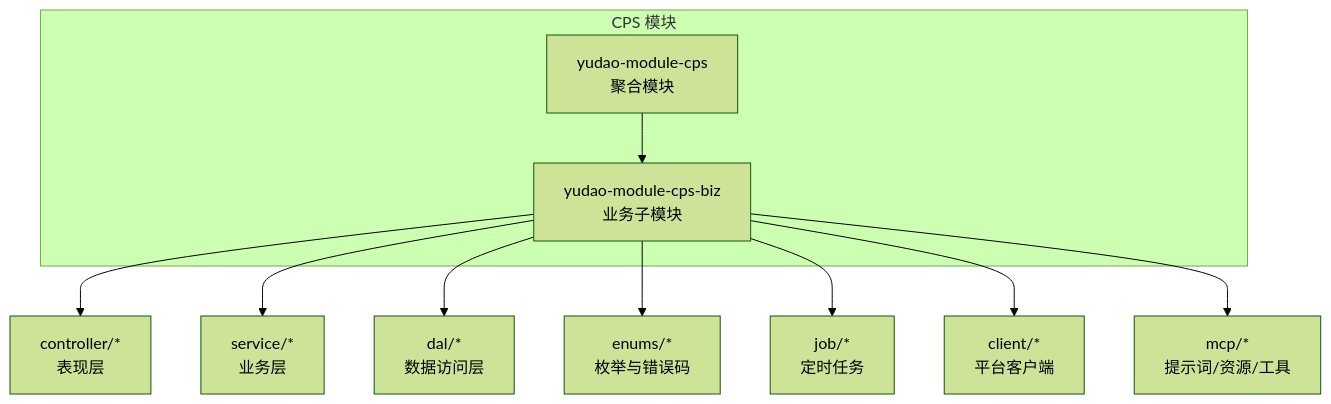
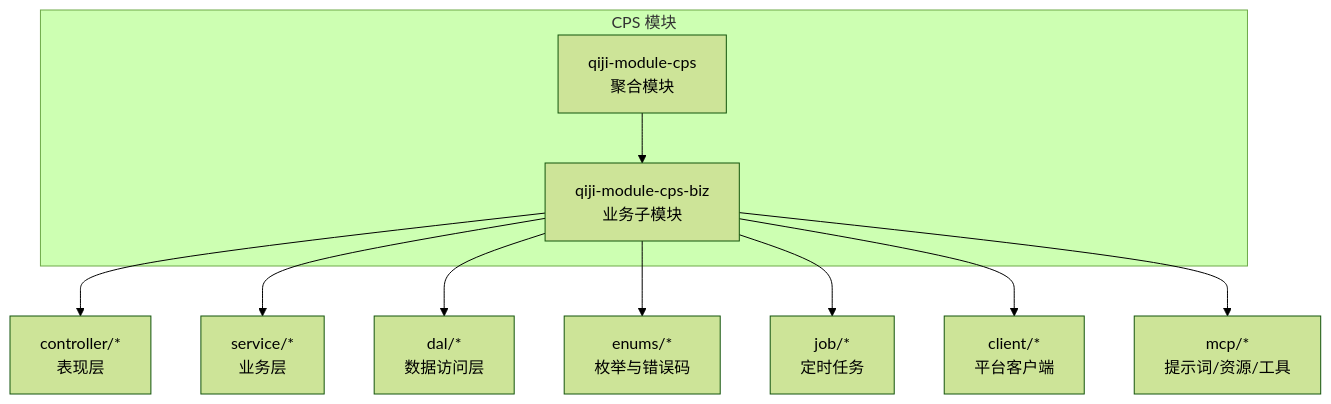
Before and after one commit to zhuangpengLI/AgenticCPS: the first of 8 diagrams in backend/.qoder/repowiki/zh/content/系统架构设计/分层架构设计.md, drawn with Mermaid (forest theme). The commit also changed other lines of this file and 3489 other files, not shown here.

````diff
--- a/backend/.qoder/repowiki/zh/content/系统架构设计/分层架构设计.md
+++ b/backend/.qoder/repowiki/zh/content/系统架构设计/分层架构设计.md
@@ -41,15 +41,15 @@
 ```mermaid
 graph TB
 subgraph "CPS 模块"
-A["yudao-module-cps<br/>聚合模块"]
-B["yudao-module-cps-biz<br/>业务子模块"]
+A["qiji-module-cps<br/>聚合模块"]
+B["qiji-module-cps-biz<br/>业务子模块"]
 end
 A --> B
 B --> C["controller/*<br/>表现层"]
 B --> D["service/*<br/>业务层"]
 B --> E["dal/*<br/>数据访问层"]
 B --> F["enums/*<br/>枚举与错误码"]
 B --> G["job/*<br/>定时任务"]
 B --> H["client/*<br/>平台客户端"]
 B --> I["mcp/*<br/>提示词/资源/工具"]
 ```
````
